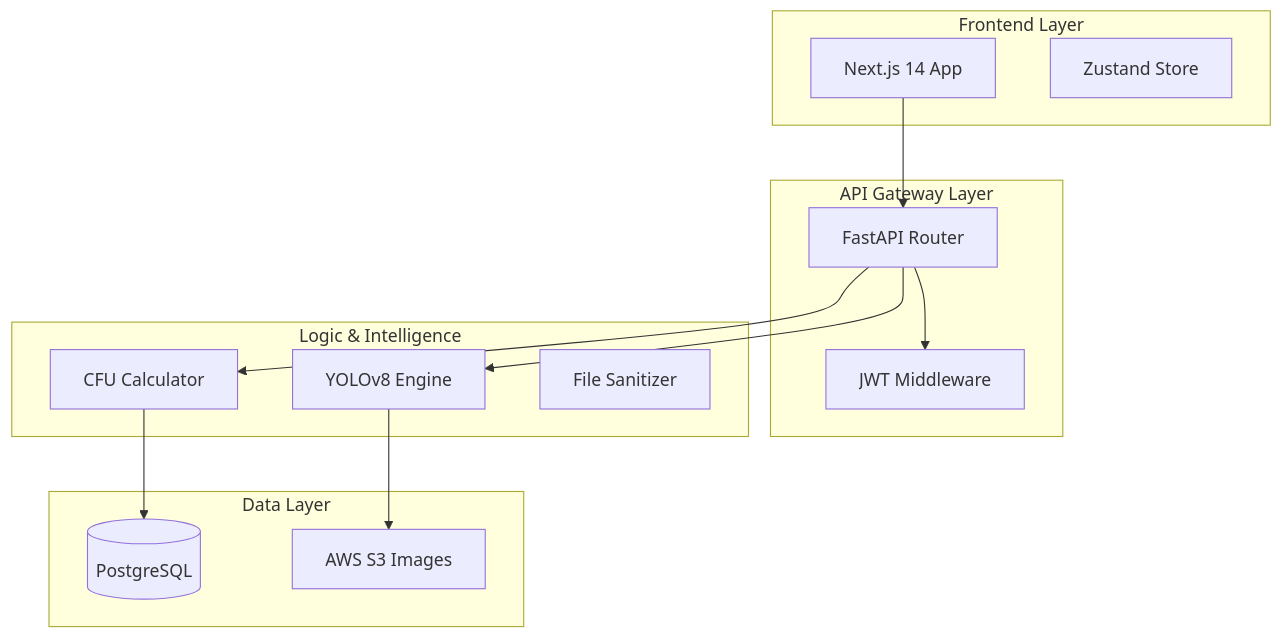
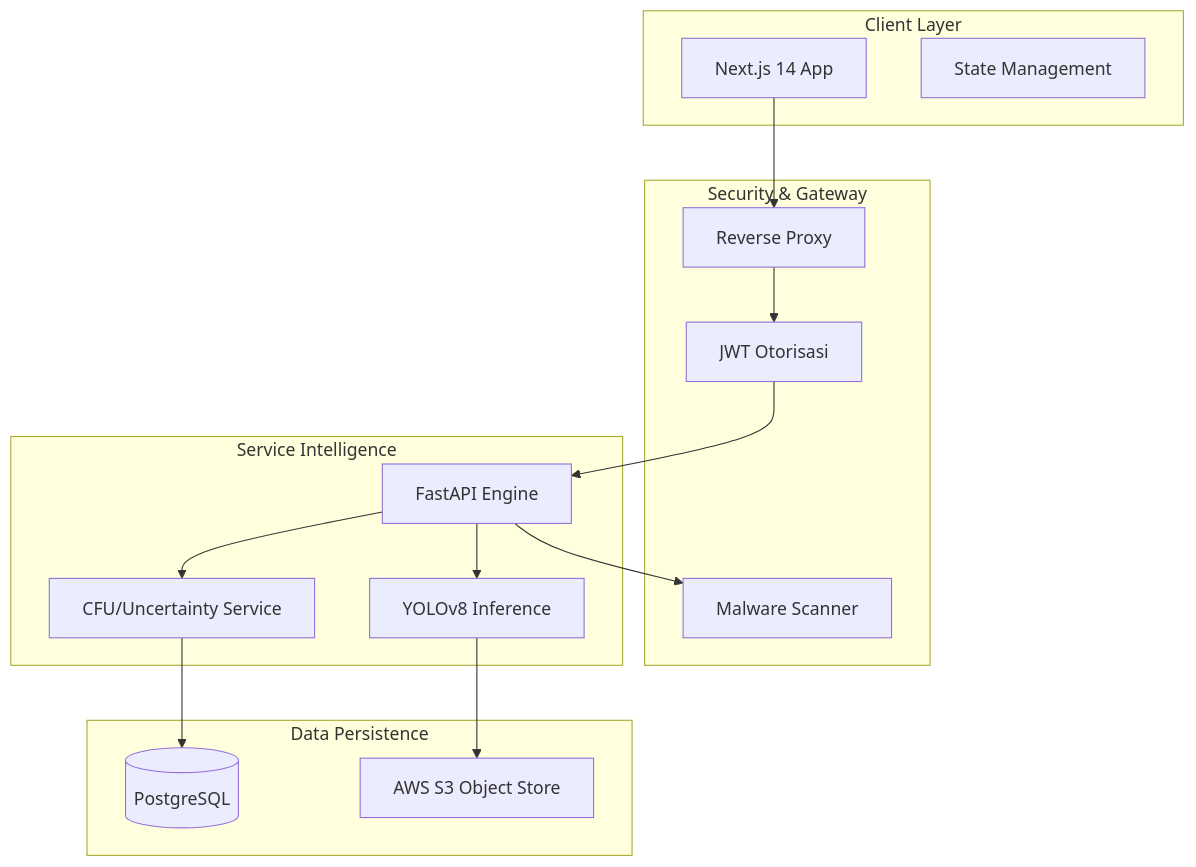
The fifth of 6 diagrams in project-management/08-uml-architecture.md (wi5nuu/colonyai), drawn with Mermaid before and after one commit. The commit also changed other lines of this file and 70 other files, not shown here.

````diff
--- a/project-management/08-uml-architecture.md
+++ b/project-management/08-uml-architecture.md
@@ -123,30 +141,33 @@
 ```mermaid
 graph TD
-    subgraph "Frontend Layer"
+    subgraph "Client Layer"
         UI[Next.js 14 App]
-        State[Zustand Store]
+        Zustand[State Management]
     end
 
-    subgraph "API Gateway Layer"
-        FastAPI[FastAPI Router]
-        Auth[JWT Middleware]
+    subgraph "Security & Gateway"
+        Nginx[Reverse Proxy]
+        Auth[JWT Otorisasi]
+        ClamAV[Malware Scanner]
     end
 
-    subgraph "Logic & Intelligence"
-        Detector[YOLOv8 Engine]
-        Calc[CFU Calculator]
-        Safe[File Sanitizer]
+    subgraph "Service Intelligence"
+        API[FastAPI Engine]
+        YOLO[YOLOv8 Inference]
+        Calculator[CFU/Uncertainty Service]
     end
 
-    subgraph "Data Layer"
+    subgraph "Data Persistence"
         DB[(PostgreSQL)]
-        S3[AWS S3 Images]
+        S3[AWS S3 Object Store]
     end
 
-    UI --> FastAPI
-    FastAPI --> Auth
-    FastAPI --> Detector
-    FastAPI --> Calc
-    Detector --> S3
-    Calc --> DB
+    UI --> Nginx
+    Nginx --> Auth
+    Auth --> API
+    API --> ClamAV
+    API --> YOLO
+    API --> Calculator
+    YOLO --> S3
+    Calculator --> DB
 ```
````
